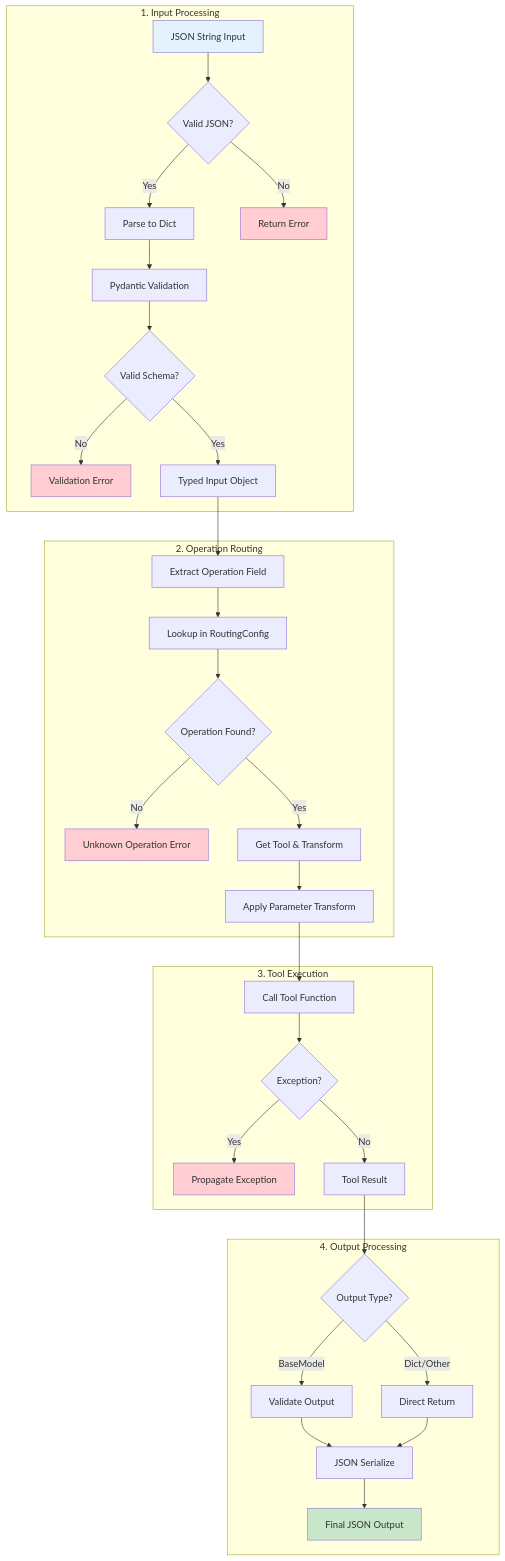
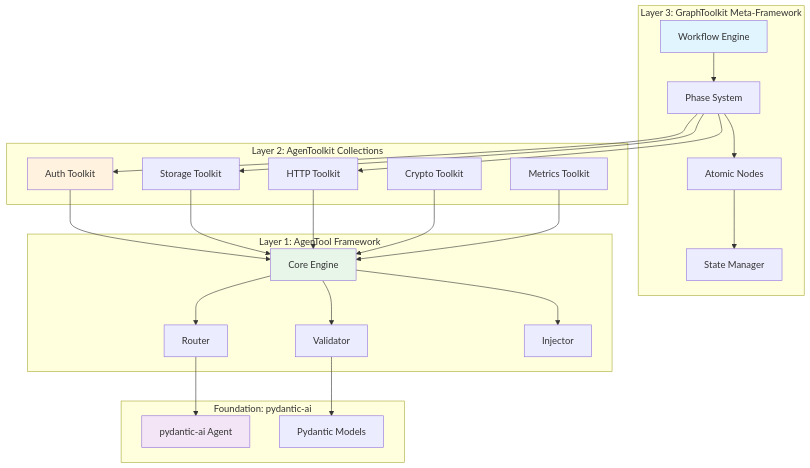
Before and after one commit to fblgit/agentool: the first of 6 diagrams in README.md, drawn with Mermaid. The commit also changed other lines of this file, not shown here.

````diff
--- a/README.md
+++ b/README.md
@@ -243,44 +41,42 @@
 ```mermaid
 graph TB
-    subgraph "1. Input Processing"
-        A[JSON String Input] --> B{Valid JSON?}
-        B -->|Yes| C[Parse to Dict]
-        B -->|No| D[Return Error]
-        C --> E[Pydantic Validation]
-        E --> F{Valid Schema?}
-        F -->|No| G[Validation Error]
-        F -->|Yes| H[Typed Input Object]
+    subgraph "Layer 3: GraphToolkit Meta-Framework"
+        WF[Workflow Engine]
+        PS[Phase System]
+        AN[Atomic Nodes]
+        SM[State Manager]
     end
     
-    subgraph "2. Operation Routing"
-        H --> I[Extract Operation Field]
-        I --> J[Lookup in RoutingConfig]
-        J --> K{Operation Found?}
-        K -->|No| L[Unknown Operation Error]
-        K -->|Yes| M[Get Tool & Transform]
-        M --> N[Apply Parameter Transform]
+    subgraph "Layer 2: AgenToolkit Collections"
+        AUTH[Auth Toolkit]
+        STOR[Storage Toolkit]
+        HTTP[HTTP Toolkit]
+        CRYP[Crypto Toolkit]
+        METR[Metrics Toolkit]
     end
     
-    subgraph "3. Tool Execution"
-        N --> O[Call Tool Function]
-        O --> P{Exception?}
-        P -->|Yes| Q[Propagate Exception]
-        P -->|No| R[Tool Result]
+    subgraph "Layer 1: AgenTool Framework"
+        CORE[Core Engine]
+        ROUT[Router]
+        VAL[Validator]
+        INJ[Injector]
     end
     
-    subgraph "4. Output Processing"
-        R --> S{Output Type?}
-        S -->|BaseModel| T[Validate Output]
-        S -->|Dict/Other| U[Direct Return]
-        T --> V[JSON Serialize]
-        U --> V
-        V --> W[Final JSON Output]
+    subgraph "Foundation: pydantic-ai"
+        PA[pydantic-ai Agent]
+        PM[Pydantic Models]
     end
     
-    style A fill:#e3f2fd
-    style W fill:#c8e6c9
-    style D fill:#ffcdd2
-    style G fill:#ffcdd2
-    style L fill:#ffcdd2
-    style Q fill:#ffcdd2
+    WF --> PS --> AN --> SM
+    PS --> AUTH & STOR & HTTP
+    
+    AUTH & STOR & HTTP & CRYP & METR --> CORE
+    CORE --> ROUT & VAL & INJ
+    ROUT --> PA
+    VAL --> PM
+    
+    style WF fill:#e1f5fe
+    style AUTH fill:#fff3e0
+    style CORE fill:#e8f5e9
+    style PA fill:#f3e5f5
 ```
````
